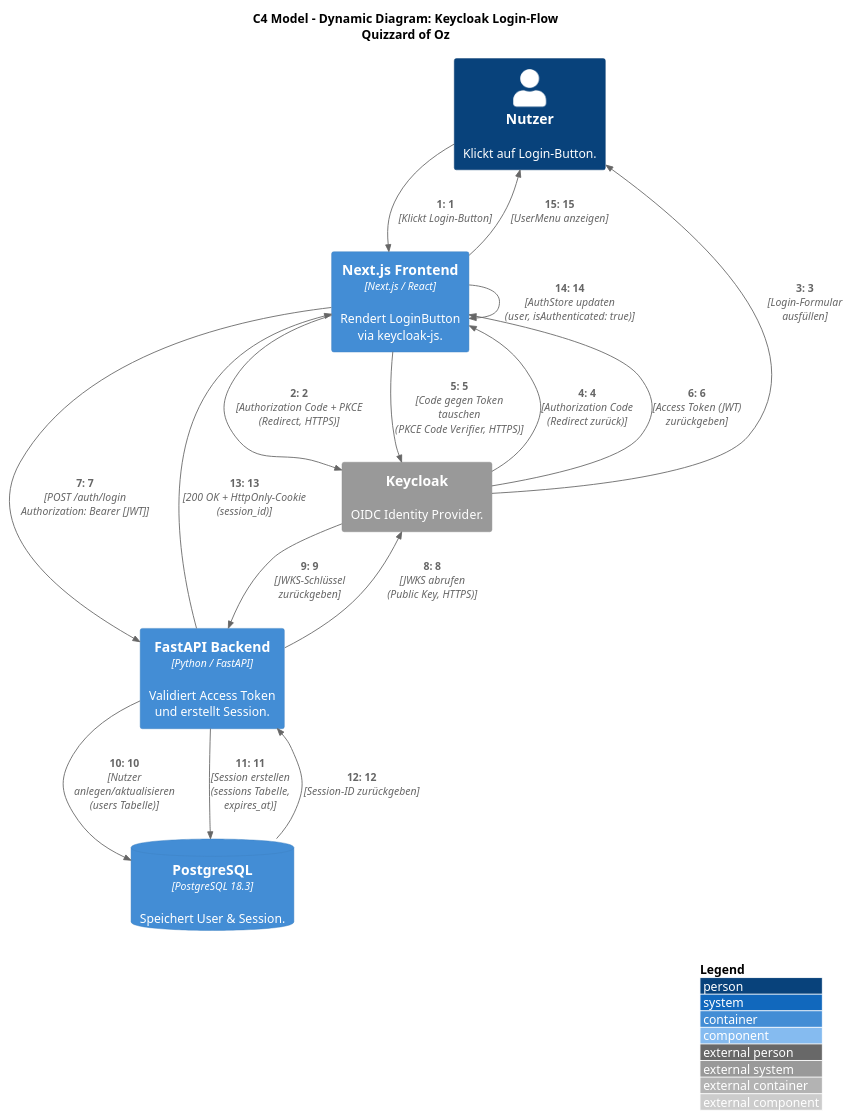
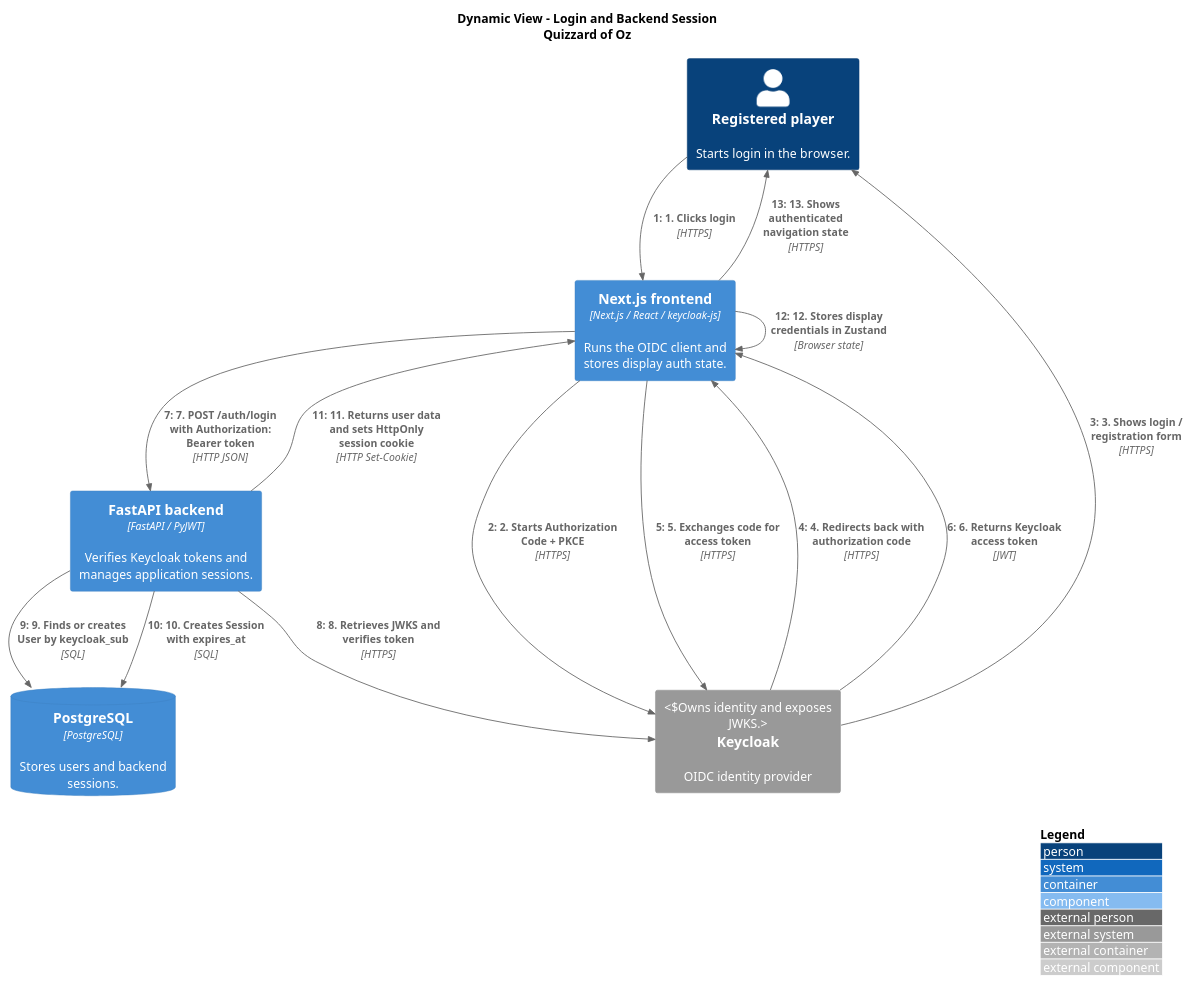
One commit to Gravefax/Quizzard-of-Oz changed the diagram in docs/c4/c4_dynamic_login.puml. Above: the diagram before and after it, drawn with PlantUML. The commit also changed 17 other files, not shown here.

```diff
--- a/docs/c4/c4_dynamic_login.puml
+++ b/docs/c4/c4_dynamic_login.puml
@@ -1,34 +1,28 @@
 @startuml C4_Dynamic_Login
 !include https://raw.githubusercontent.com/plantuml-stdlib/C4-PlantUML/master/C4_Dynamic.puml
 
 LAYOUT_WITH_LEGEND()
 
-title C4 Model - Dynamic Diagram: Keycloak Login-Flow\nQuizzard of Oz
+title Dynamic View - Login and Backend Session\nQuizzard of Oz
 
-Person(user, "Nutzer", "Klickt auf Login-Button.")
+Person(user, "Registered player", "Starts login in the browser.")
+Container(frontend, "Next.js frontend", "Next.js / React / keycloak-js", "Runs the OIDC client and stores display auth state.")
+Container(backend, "FastAPI backend", "FastAPI / PyJWT", "Verifies Keycloak tokens and manages application sessions.")
+ContainerDb(database, "PostgreSQL", "PostgreSQL", "Stores users and backend sessions.")
+System_Ext(keycloak, "Keycloak", "OIDC identity provider", "Owns identity and exposes JWKS.")
 
-Container(frontend, "Next.js Frontend", "Next.js / React", "Rendert LoginButton\nvia keycloak-js.")
-
-Container(backend, "FastAPI Backend", "Python / FastAPI", "Validiert Access Token\nund erstellt Session.")
-
-ContainerDb(database, "PostgreSQL", "PostgreSQL 18.3", "Speichert User & Session.")
-
-System_Ext(keycloak, "Keycloak", "OIDC Identity Provider.")
-
-Rel(user, frontend, "1", "Klickt Login-Button")
-Rel(frontend, keycloak, "2", "Authorization Code + PKCE\n(Redirect, HTTPS)")
-Rel(keycloak, user, "3", "Login-Formular\nausfüllen")
-Rel(keycloak, frontend, "4", "Authorization Code\n(Redirect zurück)")
-Rel(frontend, keycloak, "5", "Code gegen Token tauschen\n(PKCE Code Verifier, HTTPS)")
-Rel(keycloak, frontend, "6", "Access Token (JWT) zurückgeben")
-Rel(frontend, backend, "7", "POST /auth/login\nAuthorization: Bearer [JWT]")
-Rel(backend, keycloak, "8", "JWKS abrufen\n(Public Key, HTTPS)")
-Rel(keycloak, backend, "9", "JWKS-Schlüssel zurückgeben")
-Rel(backend, database, "10", "Nutzer anlegen/aktualisieren\n(users Tabelle)")
-Rel(backend, database, "11", "Session erstellen\n(sessions Tabelle, expires_at)")
-Rel(database, backend, "12", "Session-ID zurückgeben")
-Rel(backend, frontend, "13", "200 OK + HttpOnly-Cookie\n(session_id)")
-Rel(frontend, frontend, "14", "AuthStore updaten\n(user, isAuthenticated: true)")
-Rel(frontend, user, "15", "UserMenu anzeigen")
+Rel(user, frontend, "1. Clicks login", "HTTPS")
+Rel(frontend, keycloak, "2. Starts Authorization Code + PKCE", "HTTPS")
+Rel(keycloak, user, "3. Shows login / registration form", "HTTPS")
+Rel(keycloak, frontend, "4. Redirects back with authorization code", "HTTPS")
+Rel(frontend, keycloak, "5. Exchanges code for access token", "HTTPS")
+Rel(keycloak, frontend, "6. Returns Keycloak access token", "JWT")
+Rel(frontend, backend, "7. POST /auth/login with Authorization: Bearer token", "HTTP JSON")
+Rel(backend, keycloak, "8. Retrieves JWKS and verifies token", "HTTPS")
+Rel(backend, database, "9. Finds or creates User by keycloak_sub", "SQL")
+Rel(backend, database, "10. Creates Session with expires_at", "SQL")
+Rel(backend, frontend, "11. Returns user data and sets HttpOnly session cookie", "HTTP Set-Cookie")
+Rel(frontend, frontend, "12. Stores display credentials in Zustand", "Browser state")
+Rel(frontend, user, "13. Shows authenticated navigation state", "HTTPS")
 
 @enduml
```
